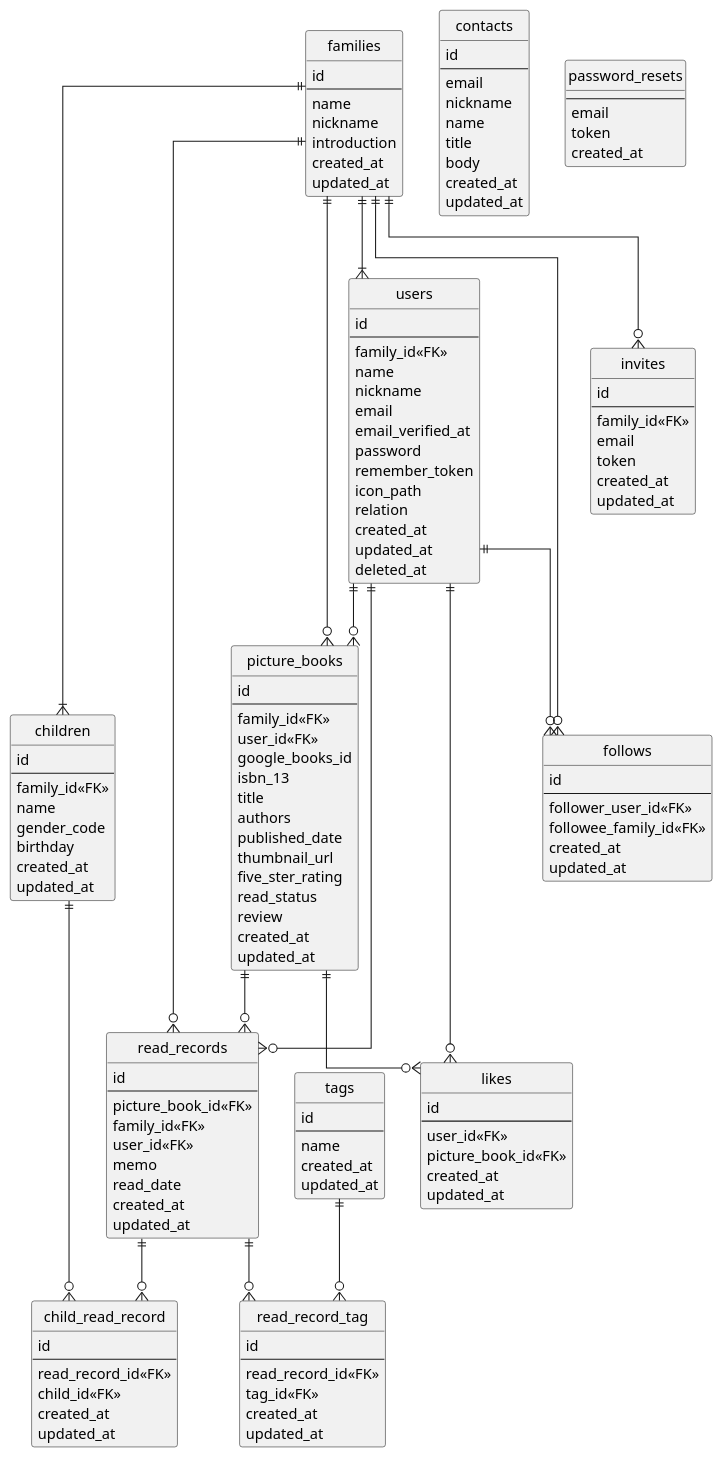
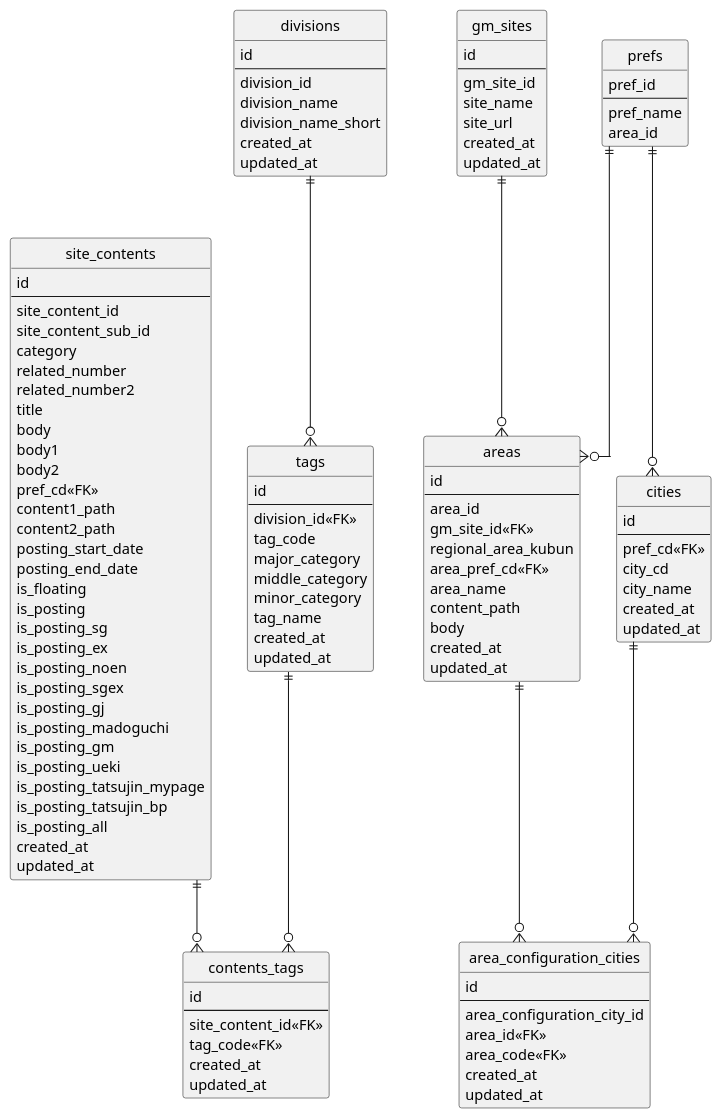
The diagram in @startuml yonde.wsd (jolokia106/SMAGRAM-HTM), drawn with PlantUML before and after one commit.

```diff
--- a/@startuml yonde.wsd
+++ b/@startuml yonde.wsd
@@ -1,166 +1,136 @@
 @startuml yonde
 ' hide the spot
 hide circle
 
 ' avoid problems with angled crows feet
 skinparam linetype ortho
 
-entity "families" as families {
+entity "site_contents" as site_contents {
   id
   --
-  name
-  nickname
-  introduction
+  site_content_id
+  site_content_sub_id
+  category
+  related_number
+  related_number2
+  title
+  body
+  body1
+  body2
+  pref_cd<<FK>>
+  content1_path
+  content2_path
+  posting_start_date
+  posting_end_date
+  is_floating
+  is_posting
+  is_posting_sg
+  is_posting_ex
+  is_posting_noen
+  is_posting_sgex
+  is_posting_gj
+  is_posting_madoguchi
+  is_posting_gm
+  is_posting_ueki
+  is_posting_tatsujin_mypage
+  is_posting_tatsujin_bp
+  is_posting_all
   created_at
   updated_at
 }
 
-entity "users" as users {
+
+entity "divisions" as divisions {
   id
   --
-  family_id<<FK>>
-  name
-  nickname
-  email
-  email_verified_at
-  password
-  remember_token
-  icon_path
-  relation
-  created_at
-  updated_at
-  deleted_at
-}
-
-entity "children" as children {
-  id
-  --
-  family_id<<FK>>
-  name
-  gender_code
-  birthday
+  division_id
+  division_name
+  division_name_short
   created_at
   updated_at
 }
 
-entity "picture_books" as picture_books {
+entity "gm_sites" as gm_sites {
   id
   --
-  family_id<<FK>>
-  user_id<<FK>>
-  google_books_id
-  isbn_13
-  title
-  authors
-  published_date
-  thumbnail_url
-  five_ster_rating
-  read_status
-  review
+  gm_site_id
+  site_name
+  site_url
   created_at
   updated_at
 }
 
-entity "read_records" as read_records {
+entity "prefs" as prefs {
+  pref_id
+  --
+  pref_name
+  area_id
+}
+
+
+entity "areas" as areas {
   id
   --
-  picture_book_id<<FK>>
-  family_id<<FK>>
-  user_id<<FK>>
-  memo
-  read_date
+  area_id
+  gm_site_id<<FK>>
+  regional_area_kubun
+  area_pref_cd<<FK>>
+  area_name
+  content_path
+  body
   created_at
   updated_at
 }
 
-entity "child_read_record" as child_read_record {
+entity "cities" as cities {
   id
   --
-  read_record_id<<FK>>
-  child_id<<FK>>
+  pref_cd<<FK>>
+  city_cd
+  city_name
+  created_at
+  updated_at
+}
+
+entity "area_configuration_cities" as area_configuration_cities {
+  id
+  --
+  area_configuration_city_id
+  area_id<<FK>>
+  area_code<<FK>>
   created_at
   updated_at
 }
 
 entity "tags" as tags {
   id
   --
-  name
+  division_id<<FK>>
+  tag_code
+  major_category
+  middle_category
+  minor_category
+  tag_name
   created_at
   updated_at
 }
 
-entity "read_record_tag" as read_record_tag {
+entity "contents_tags" as contents_tags {
   id
   --
-  read_record_id<<FK>>
-  tag_id<<FK>>
+  site_content_id<<FK>>
+  tag_code<<FK>>
   created_at
   updated_at
 }
 
-entity "follows" as follows {
-  id
-  --
-  follower_user_id<<FK>>
-  followee_family_id<<FK>>
-  created_at
-  updated_at
-}
-
-entity "likes" as likes {
-  id
-  --
-  user_id<<FK>>
-  picture_book_id<<FK>>
-  created_at
-  updated_at
-}
-
-entity "invites" as invites {
-  id
-  --
-  family_id<<FK>>
-  email
-  token
-  created_at
-  updated_at
-}
-
-entity "contacts" as contacts {
-  id
-  --
-  email
-  nickname
-  name
-  title
-  body
-  created_at
-  updated_at
-}
-
-entity "password_resets" as password_resets {
-  --
-  email
-  token
-  created_at
-}
-
-families ||--|{ users
-families ||--|{ children
-families ||--o{ follows
-families ||--o{ picture_books
-families ||--o{ read_records
-families ||--o{ invites
-users ||--o{ follows
-users ||--o{ likes
-users ||--o{ picture_books
-users ||--o{ read_records
-children ||--o{ child_read_record
-picture_books ||--o{ read_records
-picture_books ||--o{ likes
-read_records ||--o{ child_read_record
-read_records ||--o{ read_record_tag
-tags ||--o{ read_record_tag
+divisions ||--o{ tags
+tags ||--o{ contents_tags
+site_contents ||--o{ contents_tags
+gm_sites ||--o{ areas
+areas ||--o{ area_configuration_cities
+cities ||--o{ area_configuration_cities
+prefs ||--o{ areas
+prefs ||--o{ cities
 
 @enduml
```
